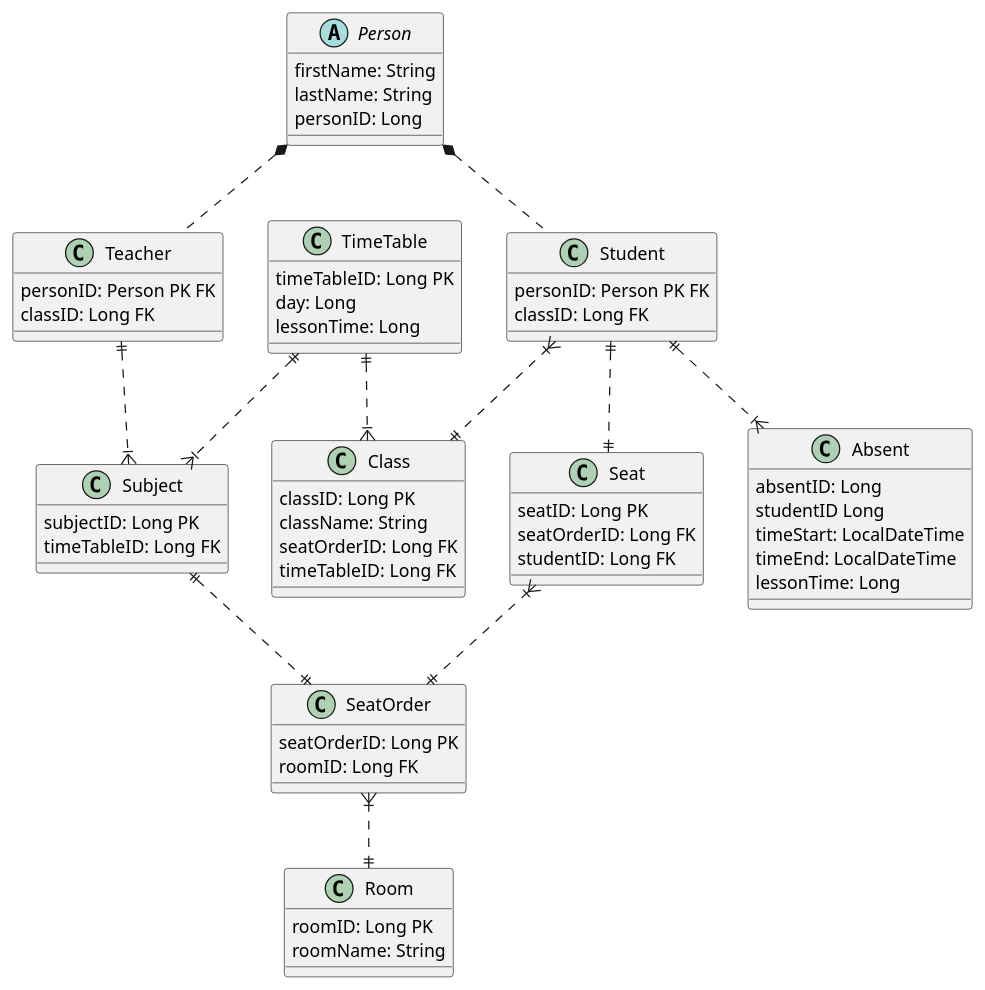
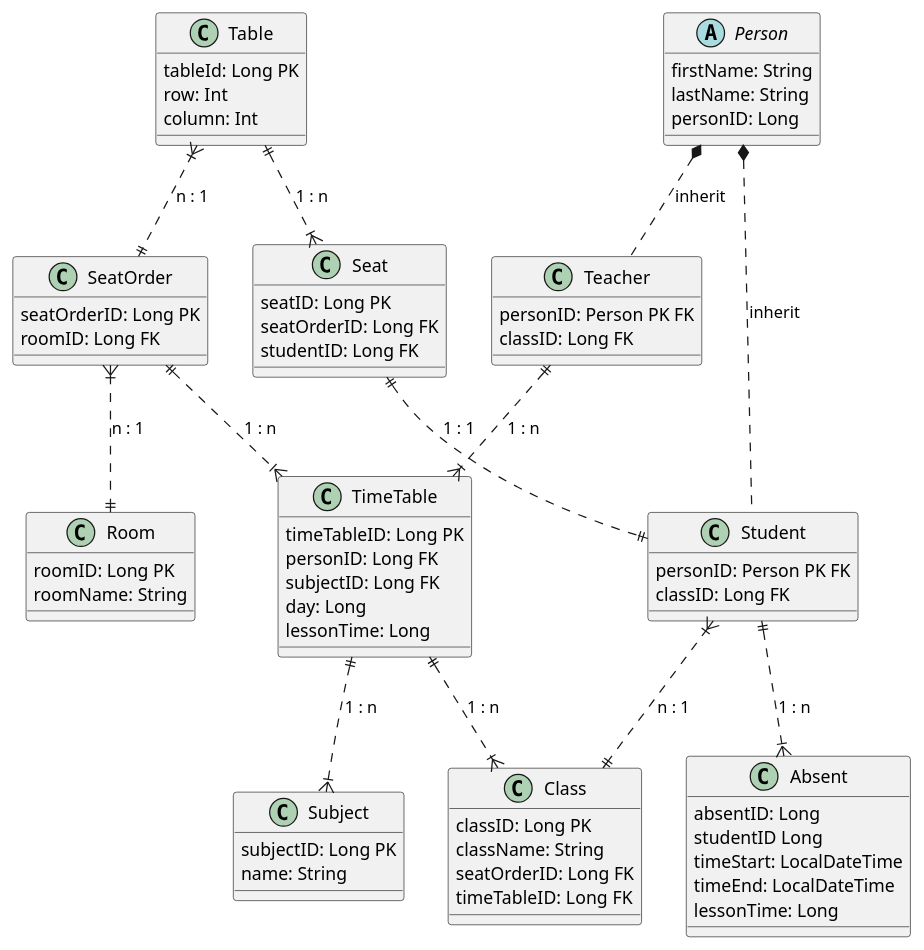
Before and after one commit to it180171/3D-WebUntis: the diagram in images/ERD.puml, drawn with PlantUML.

```diff
--- a/images/ERD.puml
+++ b/images/ERD.puml
@@ -1,81 +1,90 @@
 @startuml
 'https://plantuml.com/class-diagram
 
 
 
 class Room{
 roomID: Long PK
 roomName: String
 
 }
 
 class Seat{
 seatID: Long PK
 seatOrderID: Long FK
 studentID: Long FK
 }
 
 class SeatOrder{
 seatOrderID: Long PK
 roomID: Long FK
 
 }
 
 class Class{
 classID: Long PK
 className: String
 seatOrderID: Long FK
 timeTableID: Long FK
 }
 
 class Student{
 personID: Person PK FK
 classID: Long FK
 }
 
 class Teacher{
 personID: Person PK FK
 classID: Long FK
 }
 
 class Absent{
 absentID: Long
 studentID Long
 timeStart: LocalDateTime
 timeEnd: LocalDateTime
 lessonTime: Long
 }
 
 
 class TimeTable{
 timeTableID: Long PK
+personID: Long FK
+subjectID: Long FK
 day: Long
 lessonTime: Long
 }
 
 class Subject{
 subjectID: Long PK
-timeTableID: Long FK
+name: String
 
+}
+
+class Table {
+tableId: Long PK
+row: Int
+column: Int
 }
 
 Abstract Class Person{
 firstName: String
 lastName: String
 personID: Long
 }
 
-Person *.. Student
-Person *.. Teacher
-Teacher ||..|{ Subject
-TimeTable ||..|{ Subject
-Student }|..|| Class
-TimeTable ||..|{ Class
-Student ||..|{ Absent
-Student ||..|| Seat
-Subject ||..|| SeatOrder
-Seat }|..|| SeatOrder
-SeatOrder }|..|| Room
+Person *.. Student : inherit
+Person *.. Teacher : inherit
+TimeTable ||..|{ Subject : 1 : n
+Student }|..|| Class : n : 1
+TimeTable ||..|{ Class : 1 : n
+Student ||..|{ Absent: 1 : n
+Student ||.up.|| Seat : 1 : 1
+SeatOrder }|..|| Room : n : 1
+Table }|..|| SeatOrder : n : 1
+Table ||..|{ Seat : 1 : n
+Teacher ||..|{ TimeTable : 1 : n
+SeatOrder ||..|{ TimeTable : 1 : n
 
 
 @enduml
```
